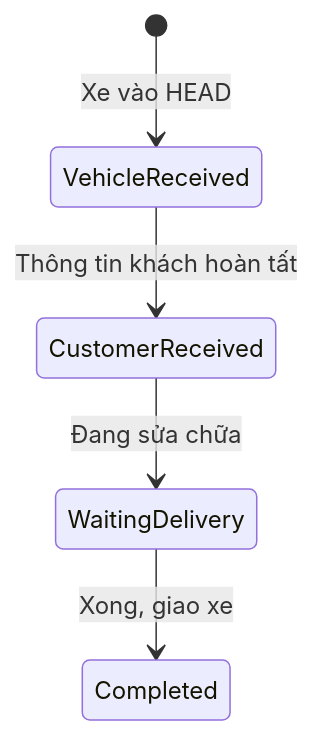
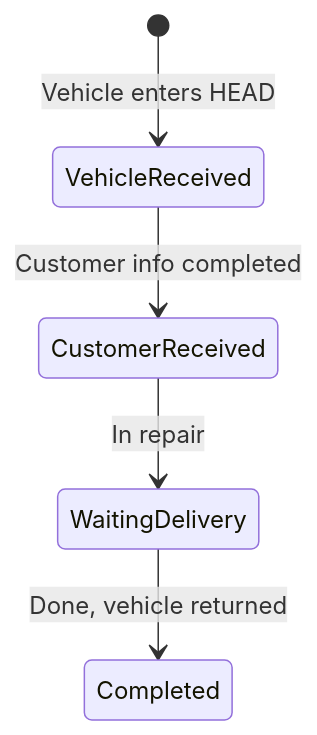
Before and after one commit to PuYet1224/Capstone-ERP-BA: the fifth of 6 diagrams in .agent/projects/hoaiminh/domain/08-approval-flows.md, drawn with Mermaid. The commit also changed other lines of this file and 32 other files, not shown here.

````diff
--- a/.agent/projects/hoaiminh/domain/08-approval-flows.md
+++ b/.agent/projects/hoaiminh/domain/08-approval-flows.md
@@ -125,7 +125,7 @@
 ```mermaid
 stateDiagram-v2
-    [*] --> VehicleReceived: Xe vào HEAD
-    VehicleReceived --> CustomerReceived: Thông tin khách hoàn tất
-    CustomerReceived --> WaitingDelivery: Đang sửa chữa
-    WaitingDelivery --> Completed: Xong, giao xe
+    [*] --> VehicleReceived: Vehicle enters HEAD
+    VehicleReceived --> CustomerReceived: Customer info completed
+    CustomerReceived --> WaitingDelivery: In repair
+    WaitingDelivery --> Completed: Done, vehicle returned
 ```
````
